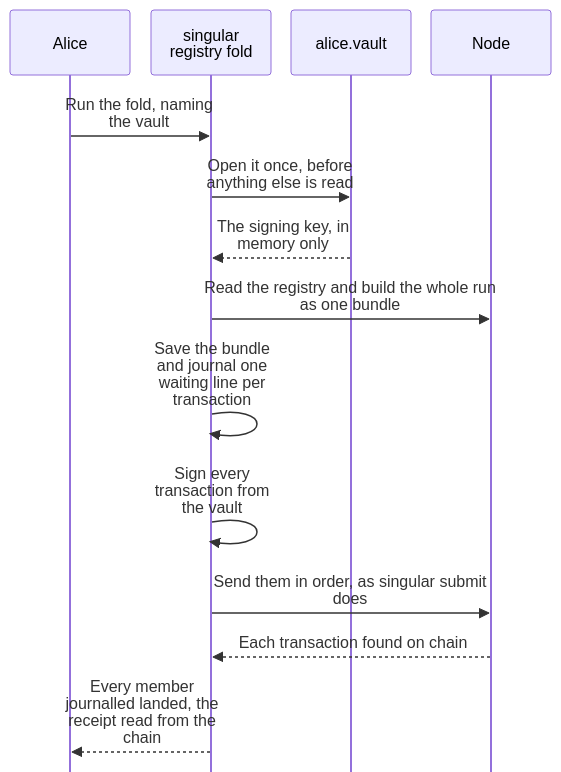
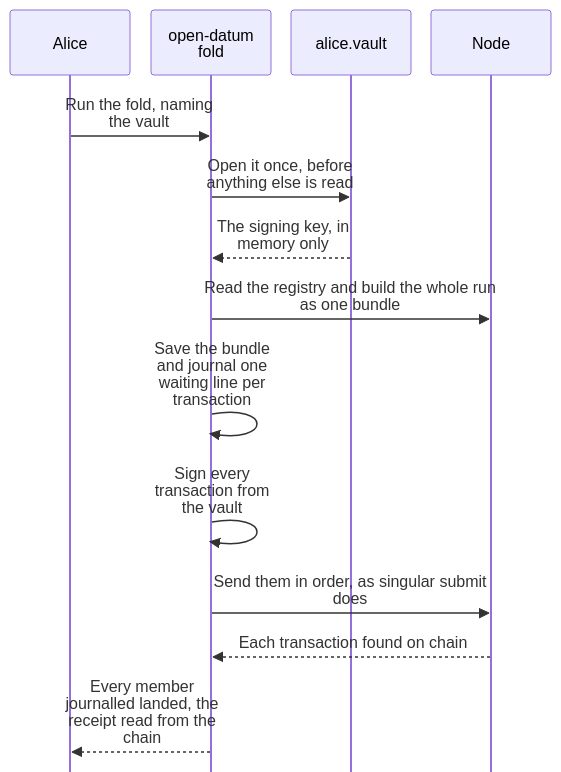
One commit to lambdasistemi/singular changed the fourth of 7 diagrams in docs/singular-node.md. Above: the diagram before and after it, drawn with Mermaid. The commit also changed other lines of this file and 101 other files, not shown here.

First line of the commit message:
refactor(cli): retire the remaining Singular registry routes

````diff
--- a/docs/singular-node.md
+++ b/docs/singular-node.md
@@ -508,17 +502,17 @@
 ```mermaid
 %%{init: {'sequence': {'actorMargin': 20, 'width': 120, 'wrap': true, 'mirrorActors': false}}}%%
 sequenceDiagram
     participant A as Alice
-    participant W as singular registry fold
+    participant W as open-datum fold
     participant V as alice.vault
     participant N as Node
     A->>W: Run the fold, naming the vault
     W->>V: Open it once, before anything else is read
     V-->>W: The signing key, in memory only
     W->>N: Read the registry and build the whole run as one bundle
     W->>W: Save the bundle and journal one waiting line per transaction
     W->>W: Sign every transaction from the vault
     W->>N: Send them in order, as singular submit does
     N-->>W: Each transaction found on chain
     W-->>A: Every member journalled landed, the receipt read from the chain
 ```
````
